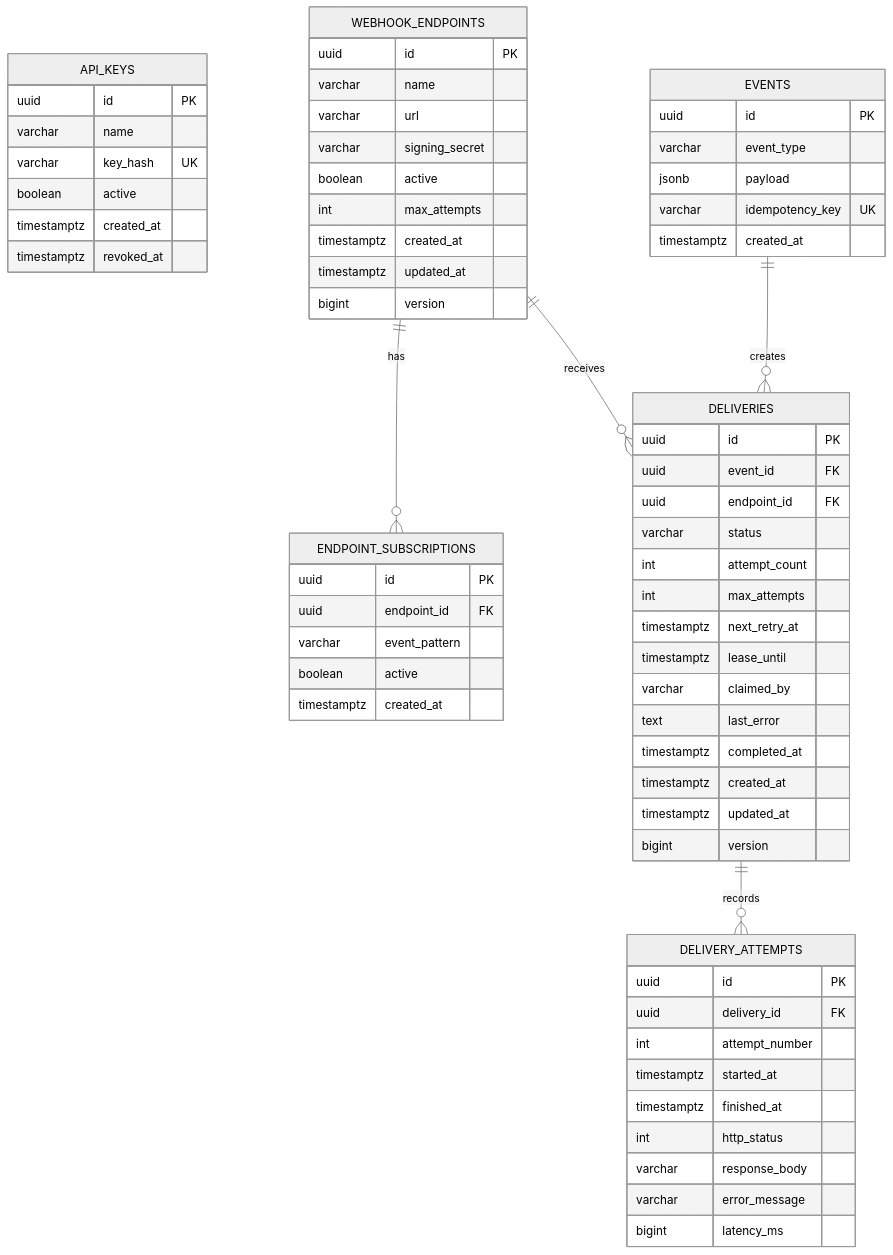
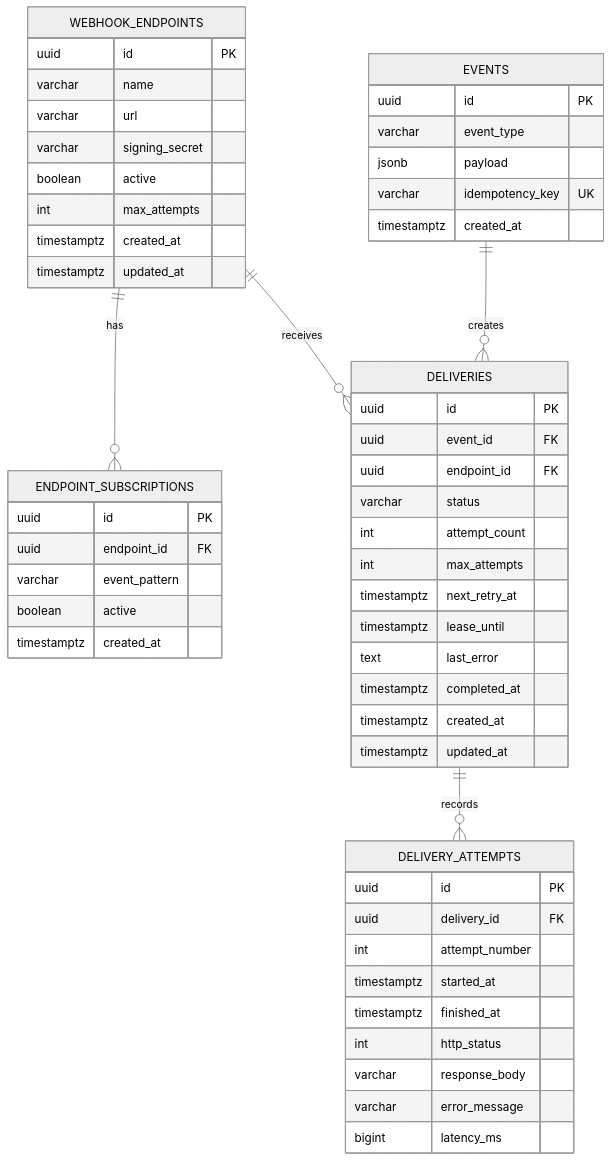
The diagram in docs/ER_DIAGRAM.md (YashwardhanV/SignalDock), drawn with Mermaid (neutral theme) before and after one commit. The commit also changed other lines of this file and 2 other files, not shown here.

Commit message:
Rewrite README and architecture docs for the simplified design

````diff
--- a/docs/ER_DIAGRAM.md
+++ b/docs/ER_DIAGRAM.md
@@ -3,73 +3,61 @@
 ```mermaid
 erDiagram
-    API_KEYS {
-        uuid id PK
-        varchar name
-        varchar key_hash UK
-        boolean active
-        timestamptz created_at
-        timestamptz revoked_at
-    }
-
     WEBHOOK_ENDPOINTS {
         uuid id PK
         varchar name
         varchar url
         varchar signing_secret
         boolean active
         int max_attempts
         timestamptz created_at
         timestamptz updated_at
-        bigint version
     }
 
     ENDPOINT_SUBSCRIPTIONS {
         uuid id PK
         uuid endpoint_id FK
         varchar event_pattern
         boolean active
         timestamptz created_at
     }
 
     EVENTS {
         uuid id PK
         varchar event_type
         jsonb payload
         varchar idempotency_key UK
         timestamptz created_at
     }
 
     DELIVERIES {
         uuid id PK
         uuid event_id FK
         uuid endpoint_id FK
         varchar status
         int attempt_count
         int max_attempts
         timestamptz next_retry_at
         timestamptz lease_until
-        varchar claimed_by
         text last_error
         timestamptz completed_at
         timestamptz created_at
         timestamptz updated_at
-        bigint version
     }
 
     DELIVERY_ATTEMPTS {
         uuid id PK
         uuid delivery_id FK
         int attempt_number
         timestamptz started_at
         timestamptz finished_at
         int http_status
         varchar response_body
         varchar error_message
         bigint latency_ms
     }
 
     WEBHOOK_ENDPOINTS ||--o{ ENDPOINT_SUBSCRIPTIONS : has
     EVENTS ||--o{ DELIVERIES : creates
     WEBHOOK_ENDPOINTS ||--o{ DELIVERIES : receives
     DELIVERIES ||--o{ DELIVERY_ATTEMPTS : records
 ```
````
